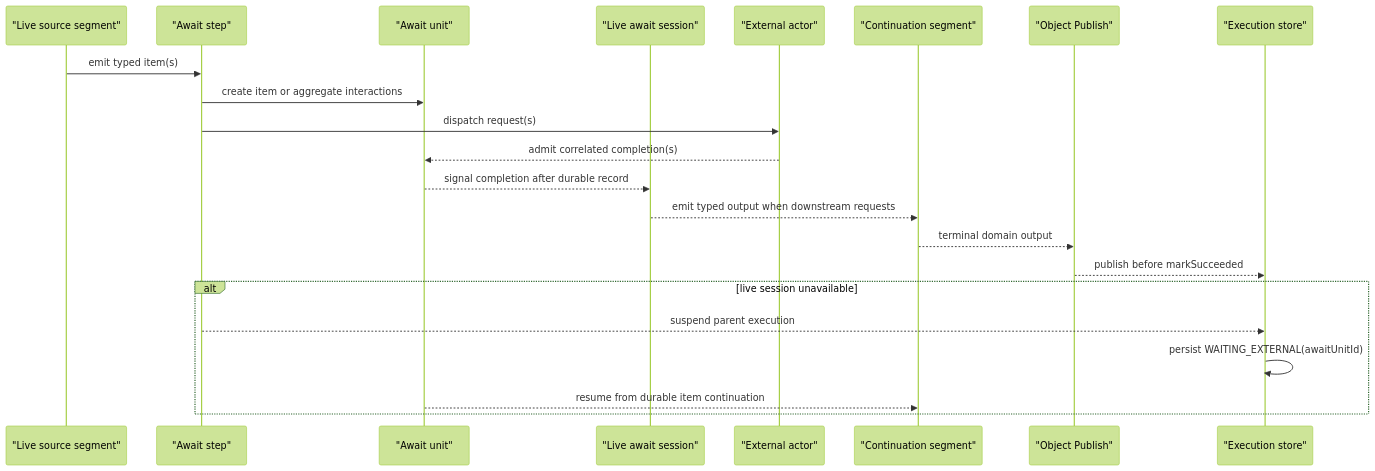
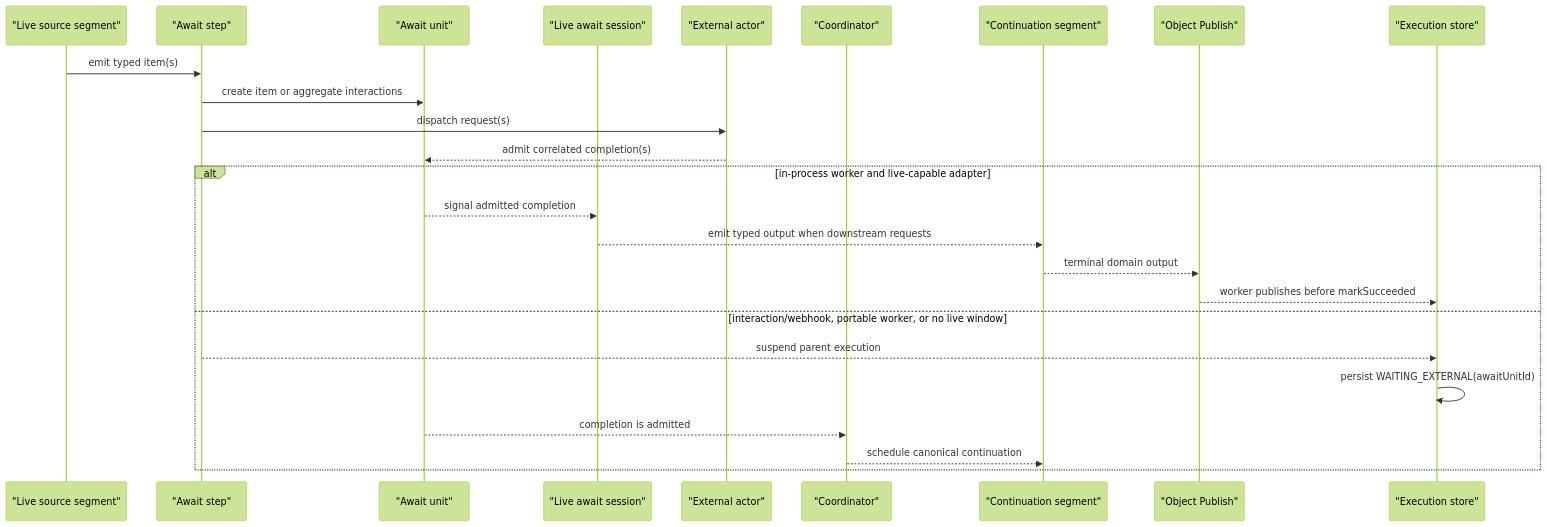
The diagram in docs/design/await-boundaries.md (The-Pipeline-Framework/pipelineframework), drawn with Mermaid (forest theme) before and after one commit. The commit also changed 3 other files, not shown here.

Commit message:
docs(await): align continuation diagrams with worker boundaries

````diff
--- a/docs/design/await-boundaries.md
+++ b/docs/design/await-boundaries.md
@@ -81,25 +81,28 @@
 ```mermaid
 sequenceDiagram
     participant Source as "Live source segment"
     participant Await as "Await step"
     participant Unit as "Await unit"
     participant Live as "Live await session"
     participant External as "External actor"
+    participant Coordinator as "Coordinator"
     participant Continue as "Continuation segment"
     participant Publish as "Object Publish"
     participant Store as "Execution store"
 
     Source->>Await: emit typed item(s)
     Await->>Unit: create item or aggregate interactions
     Await->>External: dispatch request(s)
     External-->>Unit: admit correlated completion(s)
-    Unit-->>Live: signal completion after durable record
-    Live-->>Continue: emit typed output when downstream requests
-    Continue-->>Publish: terminal domain output
-    Publish-->>Store: publish before markSucceeded
-    alt live session unavailable
+    alt in-process worker and live-capable adapter
+      Unit-->>Live: signal admitted completion
+      Live-->>Continue: emit typed output when downstream requests
+      Continue-->>Publish: terminal domain output
+      Publish-->>Store: worker publishes before markSucceeded
+    else interaction/webhook, portable worker, or no live window
       Await-->>Store: suspend parent execution
       Store->>Store: persist WAITING_EXTERNAL(awaitUnitId)
-      Unit-->>Continue: resume from durable item continuation
+      Unit-->>Coordinator: completion is admitted
+      Coordinator-->>Continue: schedule canonical continuation
     end
 ```
````
